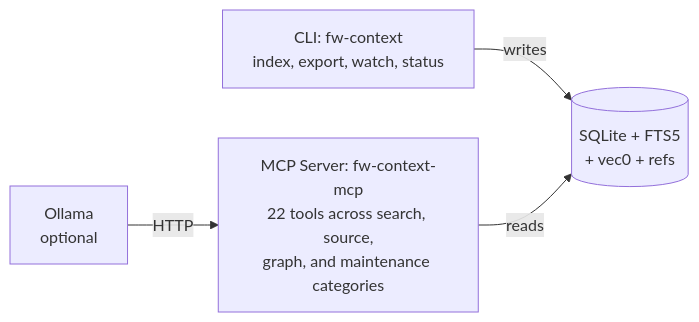
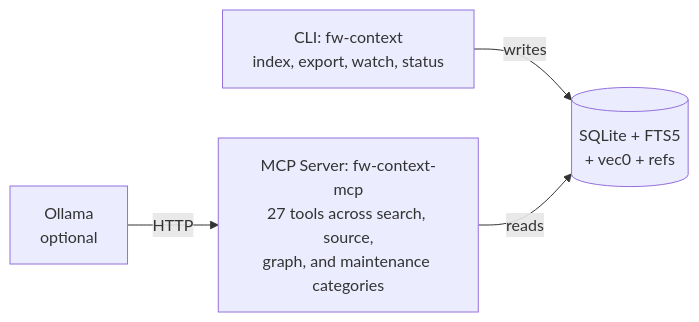
The second of 2 diagrams in README.md (turbyho/fw-context-mcp), drawn with Mermaid before and after one commit. The commit also changed other lines of this file and 6 other files, not shown here.

````diff
--- a/README.md
+++ b/README.md
@@ -171,11 +171,11 @@
 ```mermaid
 graph LR
     cli[CLI: fw-context<br/>index, export, watch, status]
-    server[MCP Server: fw-context-mcp<br/>22 tools across search, source,<br/>graph, and maintenance categories]
+    server[MCP Server: fw-context-mcp<br/>27 tools across search, source,<br/>graph, and maintenance categories]
     ollama[Ollama<br/>optional]
     db[(SQLite + FTS5<br/>+ vec0 + refs)]
 
     cli -->|writes| db
     server -->|reads| db
     ollama -->|HTTP| server
 ```
````
